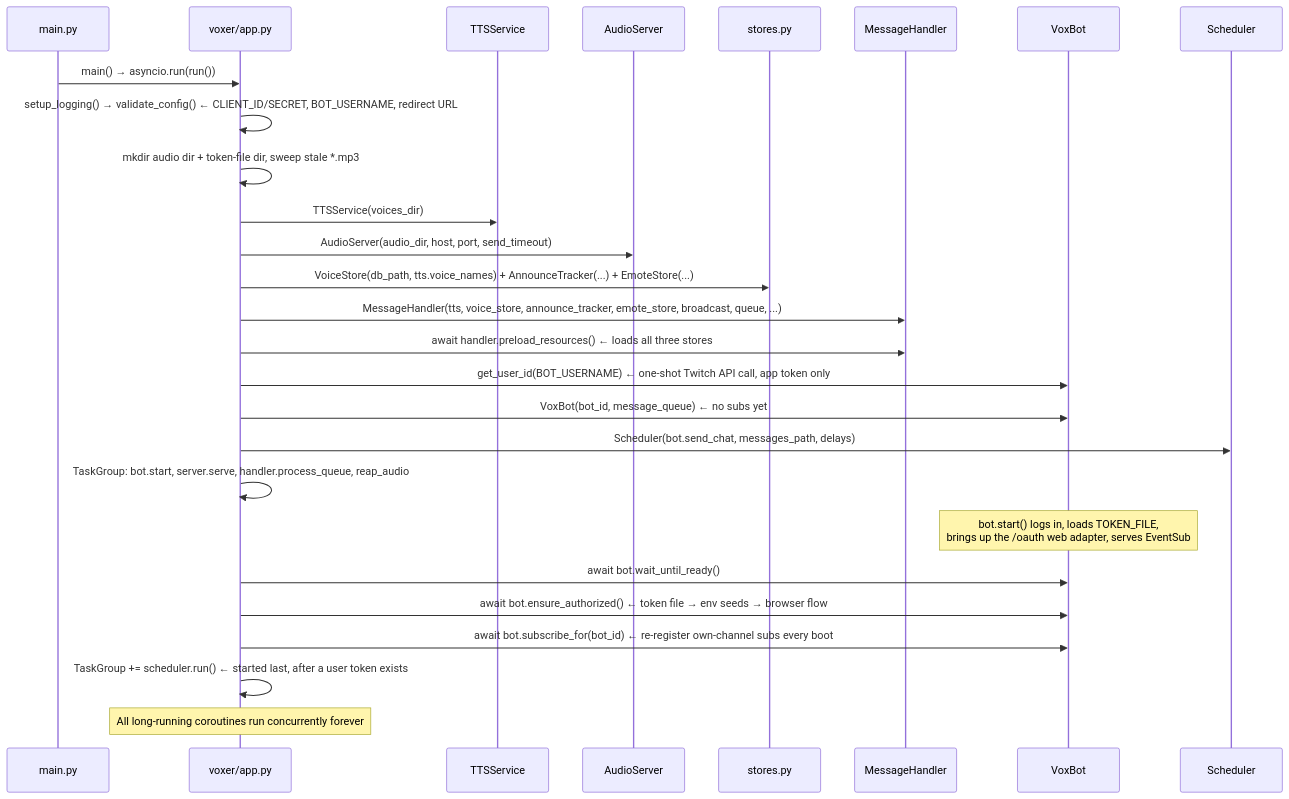
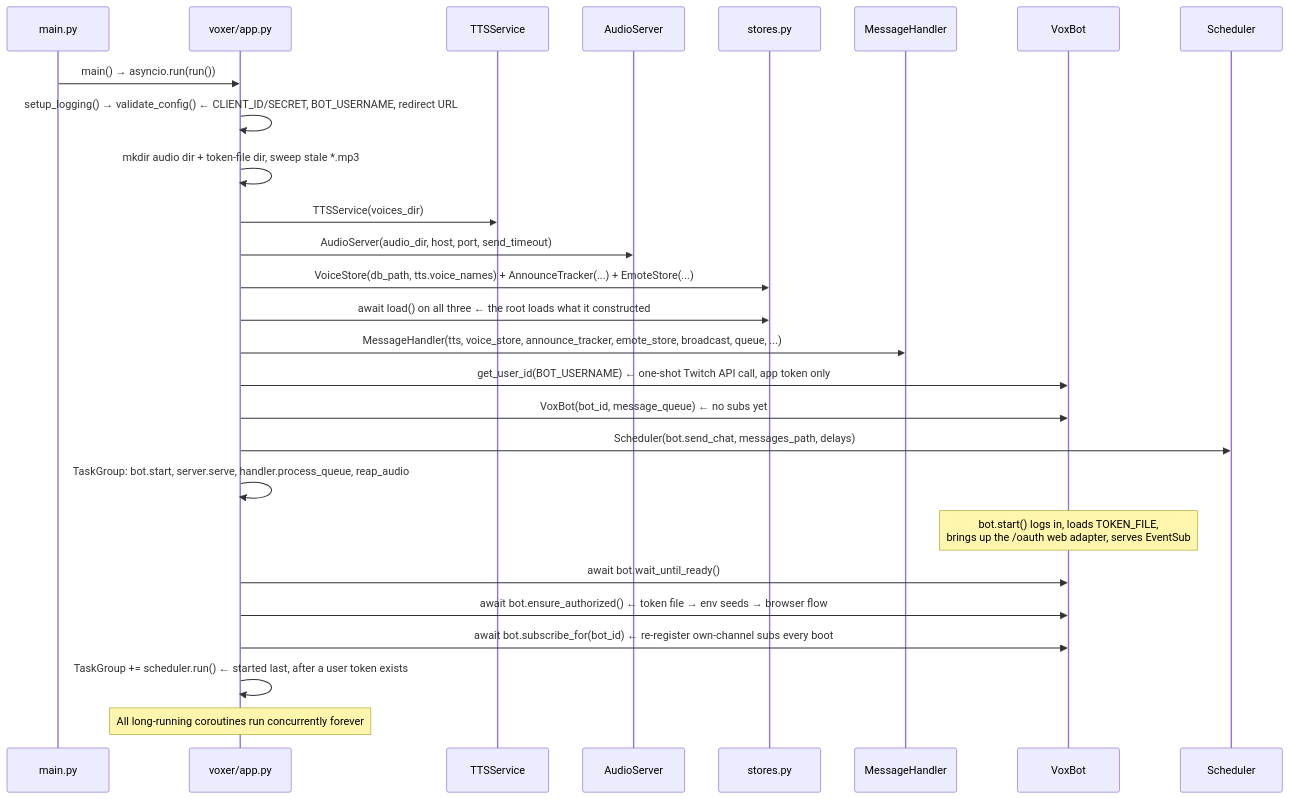
Before and after one commit to w0rxbend/twitch-voxer: the second of 8 diagrams in ARCHITECTURE.md, drawn with Mermaid. The commit also changed other lines of this file and 3 other files, not shown here.

````diff
--- a/ARCHITECTURE.md
+++ b/ARCHITECTURE.md
@@ -87,30 +87,30 @@
 ```mermaid
 sequenceDiagram
     participant main as main.py
     participant app as voxer/app.py
     participant tts as TTSService
     participant srv as AudioServer
     participant sto as stores.py
     participant hdl as MessageHandler
     participant bot as VoxBot
     participant sch as Scheduler
 
     main->>app: main() → asyncio.run(run())
     app->>app: setup_logging() → validate_config()  ← CLIENT_ID/SECRET, BOT_USERNAME, redirect URL
     app->>app: mkdir audio dir + token-file dir, sweep stale *.mp3
     app->>tts: TTSService(voices_dir)
     app->>srv: AudioServer(audio_dir, host, port, send_timeout)
     app->>sto: VoiceStore(db_path, tts.voice_names) + AnnounceTracker(...) + EmoteStore(...)
+    app->>sto: await load() on all three  ← the root loads what it constructed
     app->>hdl: MessageHandler(tts, voice_store, announce_tracker, emote_store, broadcast, queue, ...)
-    app->>hdl: await handler.preload_resources()  ← loads all three stores
     app->>bot: get_user_id(BOT_USERNAME)  ← one-shot Twitch API call, app token only
     app->>bot: VoxBot(bot_id, message_queue)  ← no subs yet
     app->>sch: Scheduler(bot.send_chat, messages_path, delays)
     app->>app: TaskGroup: bot.start, server.serve, handler.process_queue, reap_audio
     Note over bot: bot.start() logs in, loads TOKEN_FILE,<br/>brings up the /oauth web adapter, serves EventSub
     app->>bot: await bot.wait_until_ready()
     app->>bot: await bot.ensure_authorized()  ← token file → env seeds → browser flow
     app->>bot: await bot.subscribe_for(bot_id)  ← re-register own-channel subs every boot
     app->>app: TaskGroup += scheduler.run()  ← started last, after a user token exists
     Note over app: All long-running coroutines run concurrently forever
 ```
````
